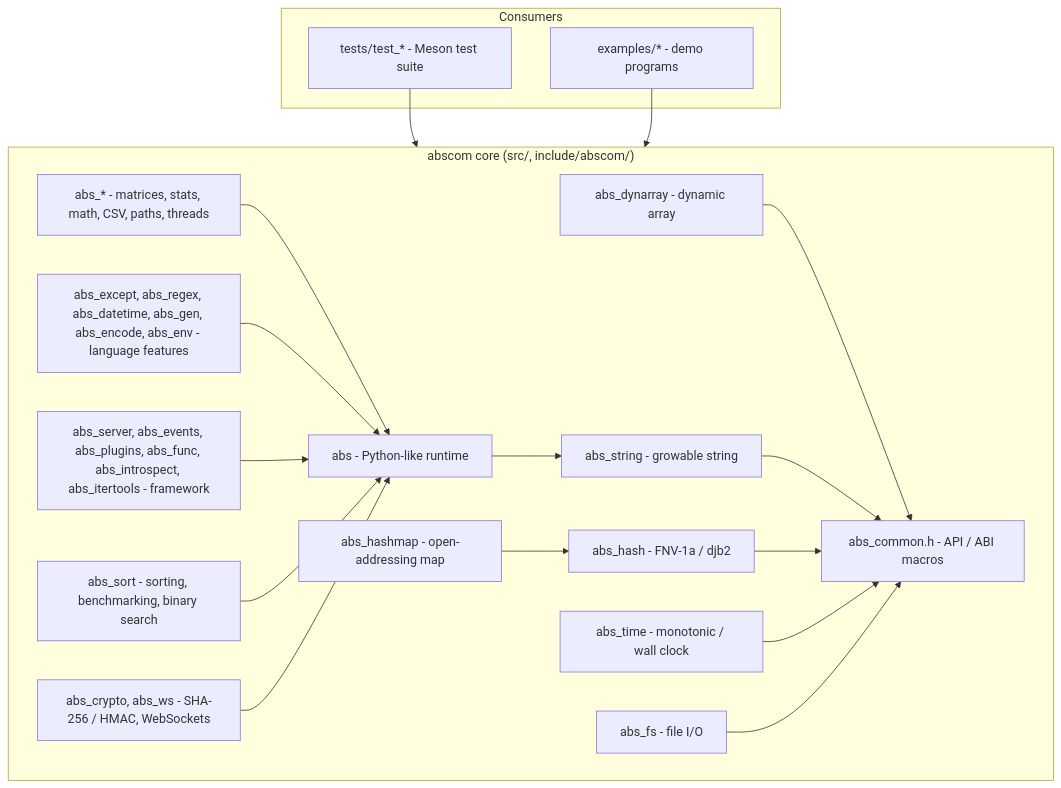
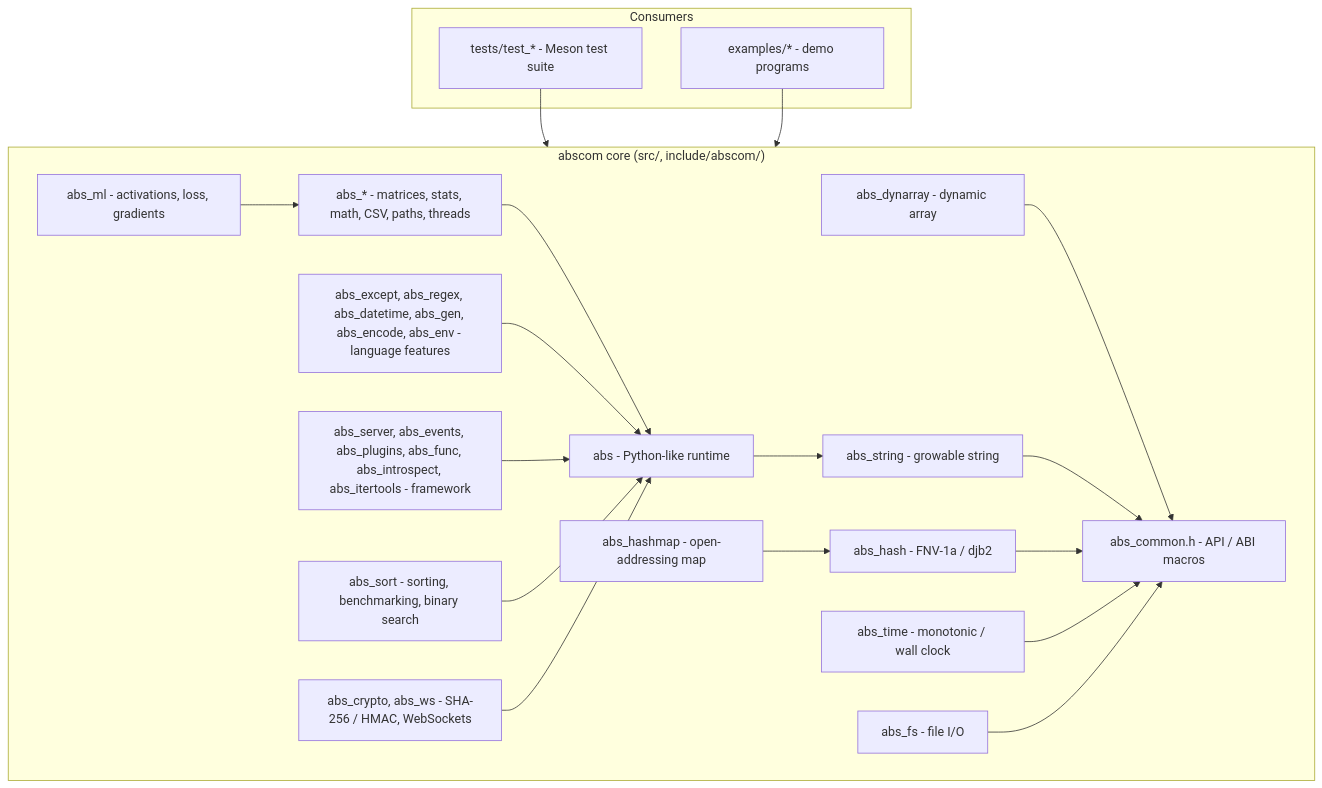
The diagram in README.md (rkriad585/Abscom), drawn with Mermaid before and after one commit. The commit also changed other lines of this file and 46 other files, not shown here.

````diff
--- a/README.md
+++ b/README.md
@@ -471,38 +523,40 @@
 ```mermaid
 graph TD
     subgraph core["abscom core (src/, include/abscom/)"]
         common[abs_common.h - API / ABI macros]
         dyn[abs_dynarray - dynamic array]
         str[abs_string - growable string]
         hash[abs_hash - FNV-1a / djb2]
         map[abs_hashmap - open-addressing map]
         time[abs_time - monotonic / wall clock]
         fs[abs_fs - file I/O]
         rt[abs - Python-like runtime]
         sci[abs_* - matrices, stats, math, CSV, paths, threads]
+        ml[abs_ml - activations, loss, gradients]
         lang[abs_except, abs_regex, abs_datetime, abs_gen, abs_encode, abs_env - language features]
         fw[abs_server, abs_events, abs_plugins, abs_func, abs_introspect, abs_itertools - framework]
         algo[abs_sort - sorting, benchmarking, binary search]
         rt2[abs_crypto, abs_ws - SHA-256 / HMAC, WebSockets]
     end
 
     subgraph users["Consumers"]
         tests[tests/test_* - Meson test suite]
         examples[examples/* - demo programs]
     end
 
     dyn --> common
     str --> common
     hash --> common
     map --> hash
     time --> common
     fs --> common
     rt --> str
     sci --> rt
+    ml --> sci
     lang --> rt
     fw --> rt
     algo --> rt
     rt2 --> rt
     tests --> core
     examples --> core
 ```
````
